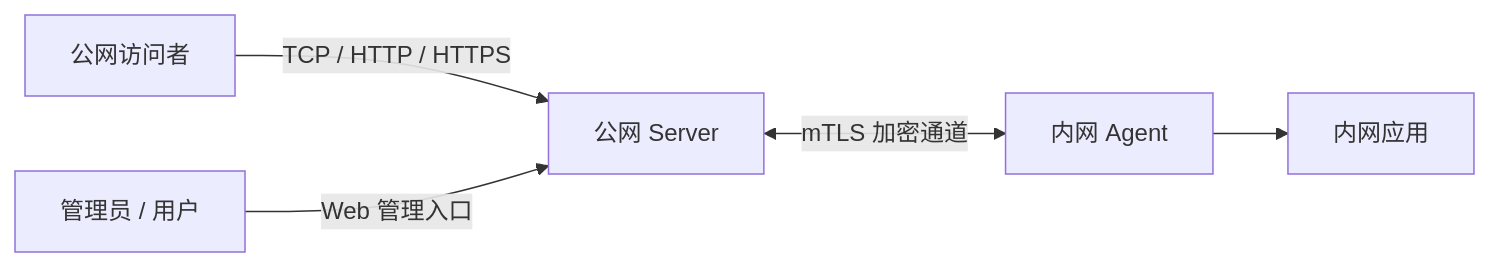
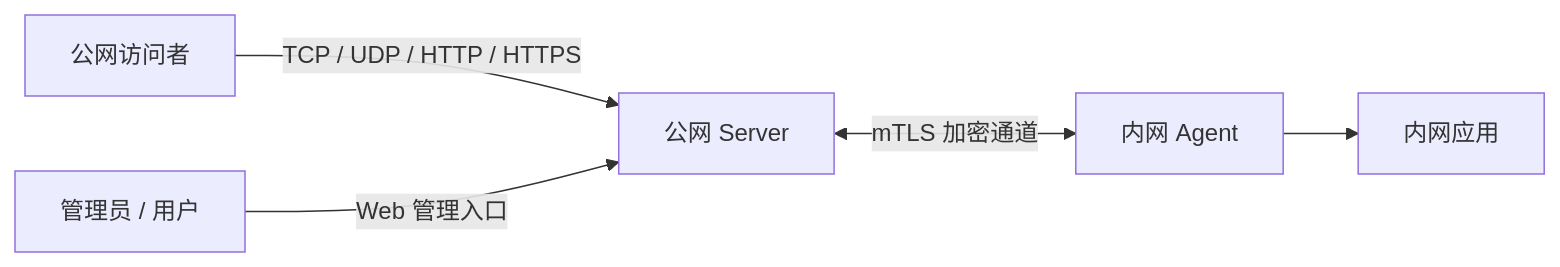
The diagram in README.md (thelinyue/Nexo), drawn with Mermaid before and after one commit. The commit also changed other lines of this file and 36 other files, not shown here.

````diff
--- a/README.md
+++ b/README.md
@@ -21,7 +21,7 @@
 ```mermaid
 flowchart LR
-    Visitor[公网访问者] -->|TCP / HTTP / HTTPS| Server[公网 Server]
+    Visitor[公网访问者] -->|TCP / UDP / HTTP / HTTPS| Server[公网 Server]
     Server <-->|mTLS 加密通道| Agent[内网 Agent]
     Agent --> App[内网应用]
     Admin[管理员 / 用户] -->|Web 管理入口| Server
 ```
````
